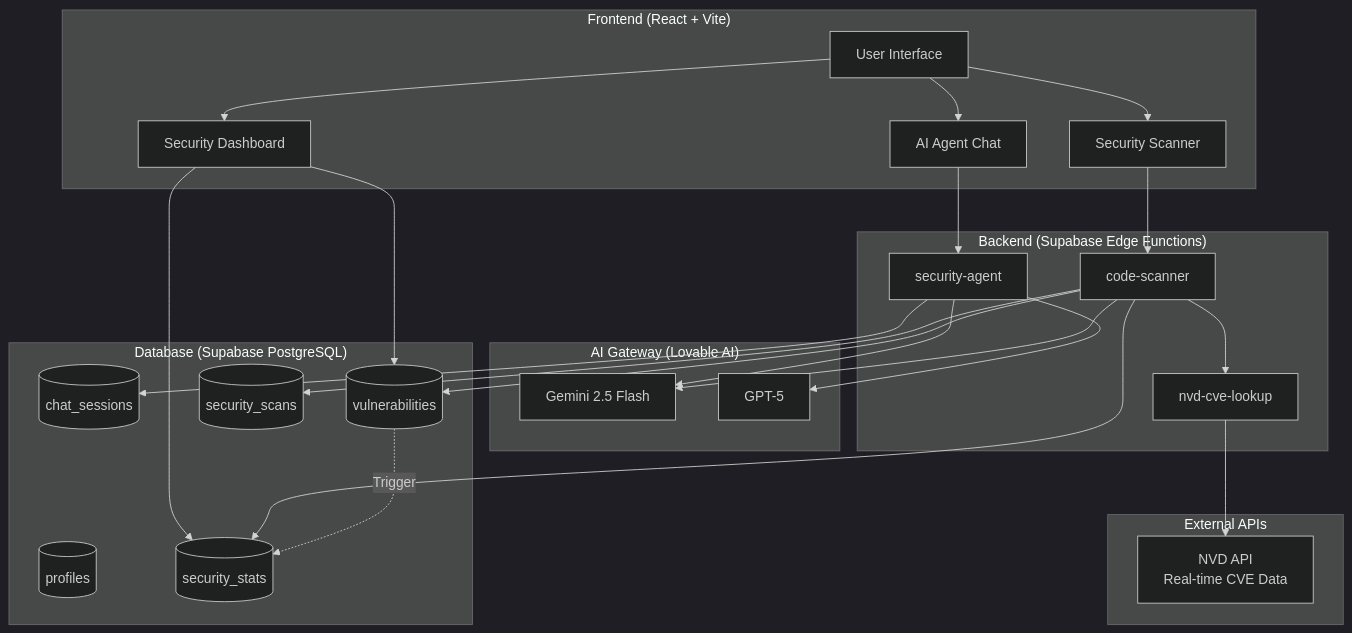
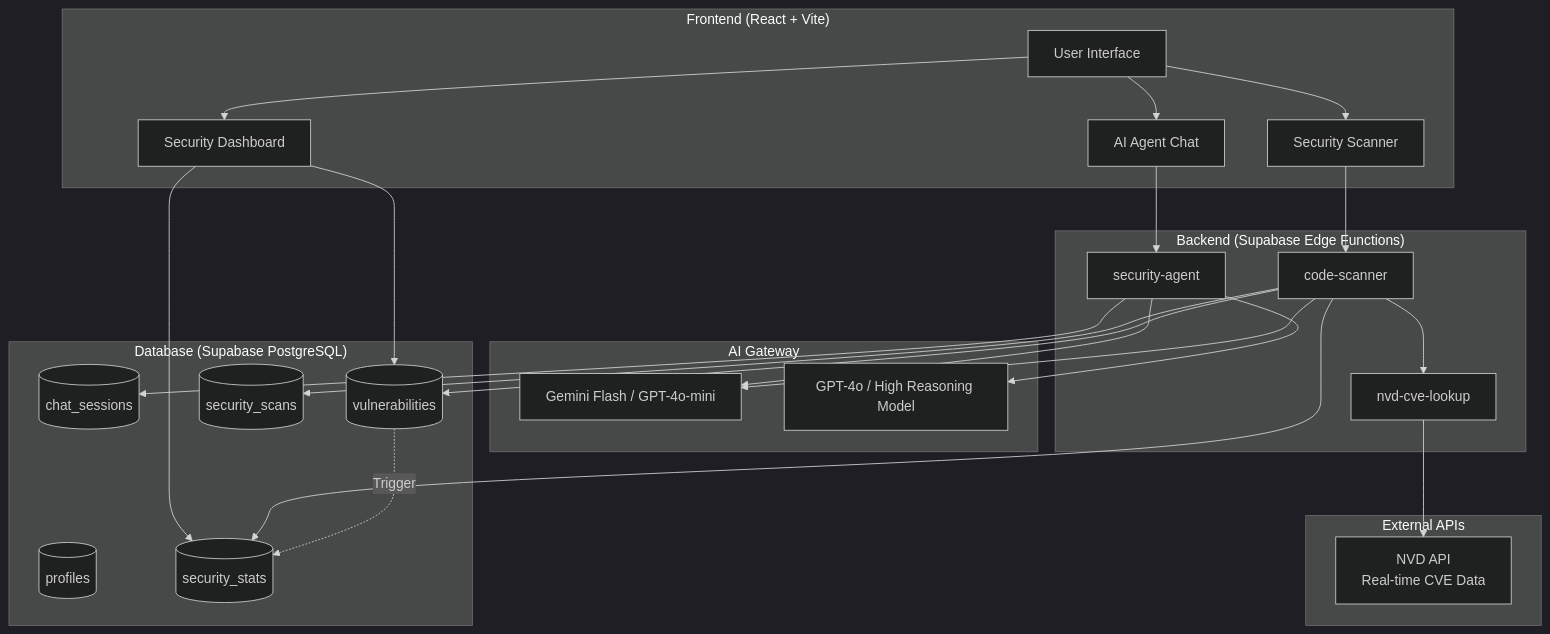
The diagram in README.md (ritvikindupuri/Aegis.ai), drawn with Mermaid (dark theme) before and after one commit. The commit also changed other lines of this file and 8 other files, not shown here.

````diff
--- a/README.md
+++ b/README.md
@@ -41,54 +42,54 @@
 ```mermaid
 graph TB
     subgraph "Frontend (React + Vite)"
         UI[User Interface]
         Dashboard[Security Dashboard]
         Agents[AI Agent Chat]
         Scanner[Security Scanner]
     end
 
     subgraph "Backend (Supabase Edge Functions)"
         SecurityAgent[security-agent]
         CodeScanner[code-scanner]
         NVDLookup[nvd-cve-lookup]
     end
 
-    subgraph "AI Gateway (Lovable AI)"
-        Gemini[Gemini 2.5 Flash]
-        GPT5[GPT-5]
+    subgraph "AI Gateway"
+        Gemini[Gemini Flash / GPT-4o-mini]
+        GPT5[GPT-4o / High Reasoning Model]
     end
 
     subgraph "External APIs"
         NVD[NVD API<br/>Real-time CVE Data]
     end
 
     subgraph "Database (Supabase PostgreSQL)"
         Profiles[(profiles)]
         ChatSessions[(chat_sessions)]
         Vulnerabilities[(vulnerabilities)]
         SecurityScans[(security_scans)]
         SecurityStats[(security_stats)]
     end
 
     UI --> Dashboard
     UI --> Agents
     UI --> Scanner
 
     Dashboard --> Vulnerabilities
     Dashboard --> SecurityStats
 
     Agents --> SecurityAgent
     SecurityAgent --> Gemini
     SecurityAgent --> GPT5
     SecurityAgent --> ChatSessions
 
     Scanner --> CodeScanner
     CodeScanner --> Gemini
     CodeScanner --> NVDLookup
     NVDLookup --> NVD
     CodeScanner --> Vulnerabilities
     CodeScanner --> SecurityScans
     CodeScanner --> SecurityStats
 
     Vulnerabilities -.->|Trigger| SecurityStats
 ```
````
